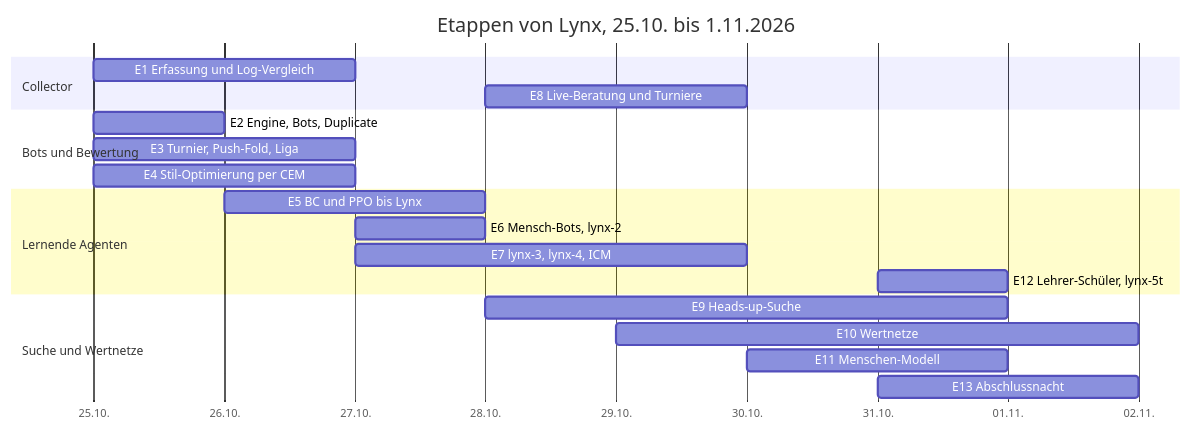
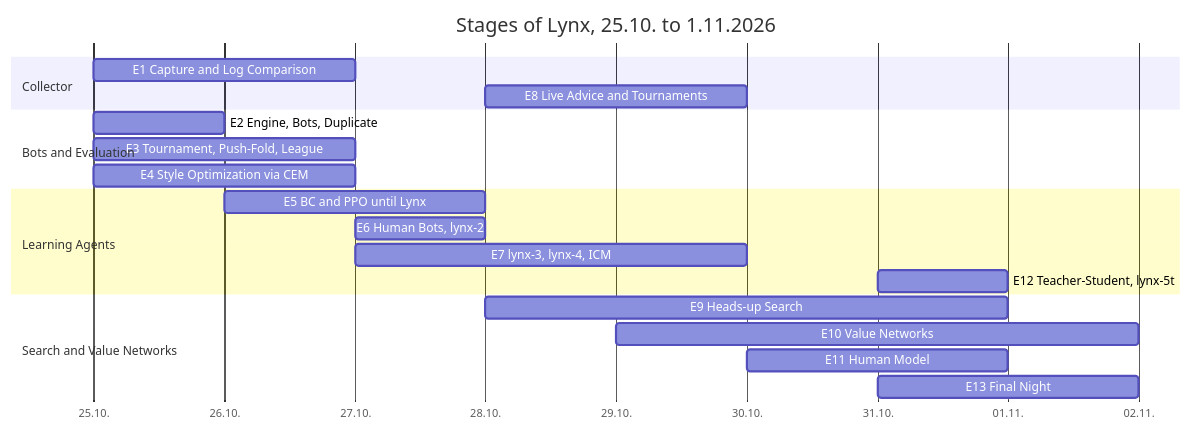
Before and after one commit to jakobfigur/lynx-poker: the diagram in docs/CASE-STUDY.md, drawn with Mermaid. The commit also changed other lines of this file and 184 other files, not shown here.

````diff
--- a/docs/CASE-STUDY.md
+++ b/docs/CASE-STUDY.md
@@ -23,23 +23,23 @@
 ```mermaid
 gantt
-    title Etappen von Lynx, 25.10. bis 1.11.2026
+    title Stages of Lynx, 25.10. to 1.11.2026
     dateFormat YYYY-MM-DD
     axisFormat %d.%m.
     section Collector
-    E1 Erfassung und Log-Vergleich   :e1, 2026-10-25, 2d
-    E8 Live-Beratung und Turniere    :e8, 2026-10-28, 2d
-    section Bots und Bewertung
+    E1 Capture and Log Comparison   :e1, 2026-10-25, 2d
+    E8 Live Advice and Tournaments    :e8, 2026-10-28, 2d
+    section Bots and Evaluation
     E2 Engine, Bots, Duplicate       :e2, 2026-10-25, 1d
-    E3 Turnier, Push-Fold, Liga      :e3, 2026-10-25, 2d
-    E4 Stil-Optimierung per CEM      :e4, 2026-10-25, 2d
-    section Lernende Agenten
-    E5 BC und PPO bis Lynx           :e5, 2026-10-26, 2d
-    E6 Mensch-Bots, lynx-2           :e6, 2026-10-27, 1d
+    E3 Tournament, Push-Fold, League      :e3, 2026-10-25, 2d
+    E4 Style Optimization via CEM      :e4, 2026-10-25, 2d
+    section Learning Agents
+    E5 BC and PPO until Lynx           :e5, 2026-10-26, 2d
+    E6 Human Bots, lynx-2           :e6, 2026-10-27, 1d
     E7 lynx-3, lynx-4, ICM           :e7, 2026-10-27, 3d
-    E12 Lehrer-Schüler, lynx-5t      :e12, 2026-10-31, 1d
-    section Suche und Wertnetze
-    E9 Heads-up-Suche                :e9, 2026-10-28, 4d
-    E10 Wertnetze                    :e10, 2026-10-29, 4d
-    E11 Menschen-Modell              :e11, 2026-10-30, 2d
-    E13 Abschlussnacht               :e13, 2026-10-31, 2d
+    E12 Teacher-Student, lynx-5t      :e12, 2026-10-31, 1d
+    section Search and Value Networks
+    E9 Heads-up Search                :e9, 2026-10-28, 4d
+    E10 Value Networks                    :e10, 2026-10-29, 4d
+    E11 Human Model              :e11, 2026-10-30, 2d
+    E13 Final Night               :e13, 2026-10-31, 2d
 ```
````
